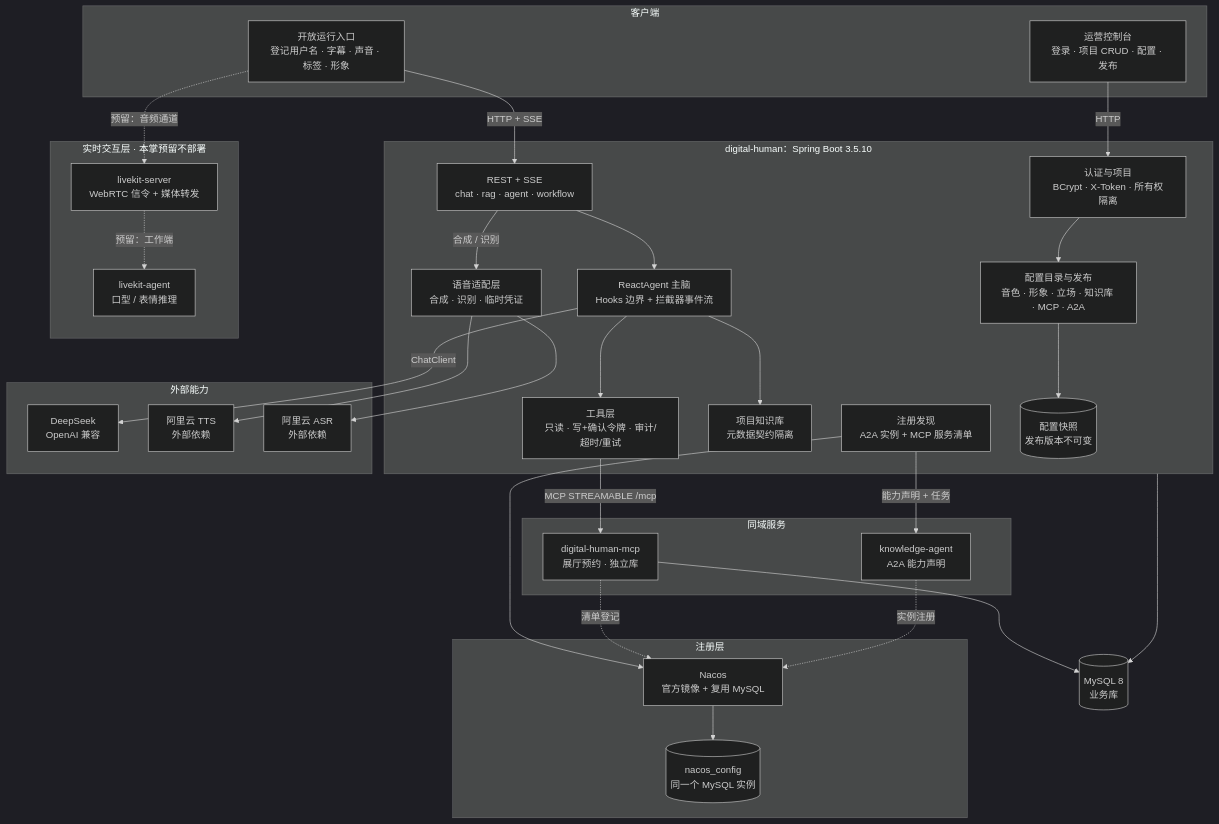
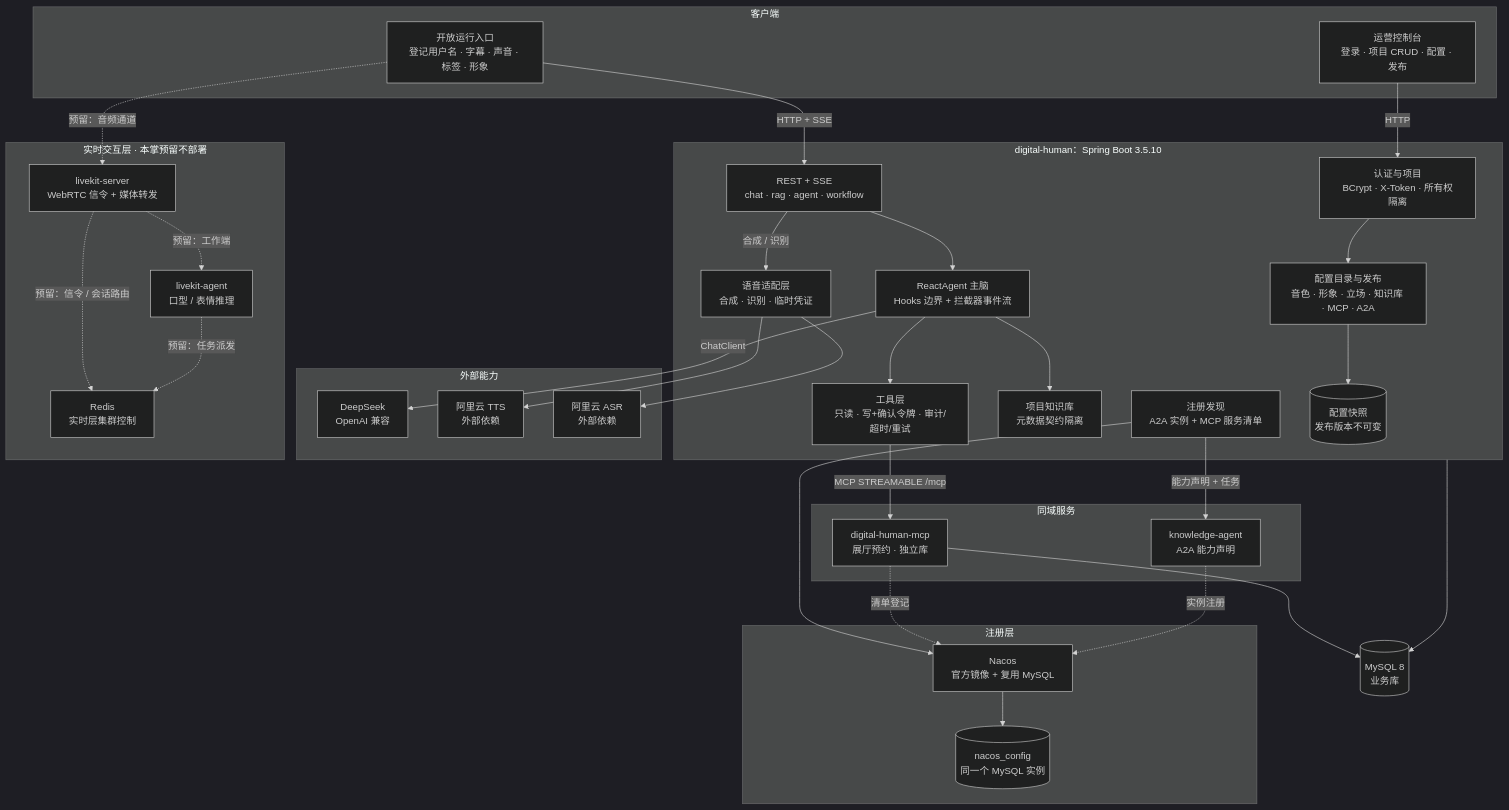
The first of 6 diagrams in docs/ch19-数字人功能升级.md (lifuchun522/springaialibabapractice), drawn with Mermaid (dark theme) before and after one commit. The commit also changed other lines of this file and 3 other files, not shown here.

First line of the commit message:
docs(readme,ch19): README 精简为四段导读，架构图补 Redis 实时层集群控制

````diff
--- a/docs/ch19-数字人功能升级.md
+++ b/docs/ch19-数字人功能升级.md
@@ -47,64 +56,67 @@
 ```mermaid
 flowchart TB
     subgraph CLIENT["客户端"]
         ADMIN_UI["运营控制台<br/>登录 · 项目 CRUD · 配置 · 发布"]
         RUN_UI["开放运行入口<br/>登记用户名 · 字幕 · 声音 · 标签 · 形象"]
     end
 
     subgraph APP["digital-human：Spring Boot 3.5.10"]
         AUTH["认证与项目<br/>BCrypt · X-Token · 所有权隔离"]
         CONFIG["配置目录与发布<br/>音色 · 形象 · 立场 · 知识库 · MCP · A2A"]
         VOICE["语音适配层<br/>合成 · 识别 · 临时凭证"]
         API["REST + SSE<br/>chat · rag · agent · workflow"]
         AGENT["ReactAgent 主脑<br/>Hooks 边界 + 拦截器事件流"]
         TOOLS["工具层<br/>只读 · 写+确认令牌 · 审计/超时/重试"]
         RAG["项目知识库<br/>元数据契约隔离"]
         DISCOVERY["注册发现<br/>A2A 实例 + MCP 服务清单"]
         SNAP[("配置快照<br/>发布版本不可变")]
     end
 
     subgraph EXT["外部能力"]
         LLM["DeepSeek<br/>OpenAI 兼容"]
         TTS_EXT["阿里云 TTS<br/>外部依赖"]
         ASR_EXT["阿里云 ASR<br/>外部依赖"]
     end
 
     subgraph RTC["实时交互层 · 本掌预留不部署"]
         LKS["livekit-server<br/>WebRTC 信令 + 媒体转发"]
         LKA["livekit-agent<br/>口型 / 表情推理"]
+        REDIS["Redis<br/>实时层集群控制"]
     end
 
     subgraph REG["注册层"]
         NACOS["Nacos<br/>官方镜像 + 复用 MySQL"]
         NACOS_DB[("nacos_config<br/>同一个 MySQL 实例")]
     end
 
     subgraph PEERS["同域服务"]
         MCP["digital-human-mcp<br/>展厅预约 · 独立库"]
         KA["knowledge-agent<br/>A2A 能力声明"]
     end
 
     DB[("MySQL 8<br/>业务库")]
 
     ADMIN_UI -->|"HTTP"| AUTH
     AUTH --> CONFIG
     CONFIG --> SNAP
     RUN_UI -->|"HTTP + SSE"| API
     API --> AGENT
     AGENT -->|"ChatClient"| LLM
     AGENT --> TOOLS
     AGENT --> RAG
     API -->|"合成 / 识别"| VOICE
     VOICE --> TTS_EXT
     VOICE --> ASR_EXT
     TOOLS -->|"MCP STREAMABLE /mcp"| MCP
     DISCOVERY -->|"能力声明 + 任务"| KA
     DISCOVERY --> NACOS
     MCP -.->|"清单登记"| NACOS
     KA -.->|"实例注册"| NACOS
     NACOS --> NACOS_DB
     APP --> DB
     MCP --> DB
     RUN_UI -.->|"预留：音频通道"| LKS
     LKS -.->|"预留：工作端"| LKA
+    LKS -.->|"预留：信令 / 会话路由"| REDIS
+    LKA -.->|"预留：任务派发"| REDIS
 ```
````
